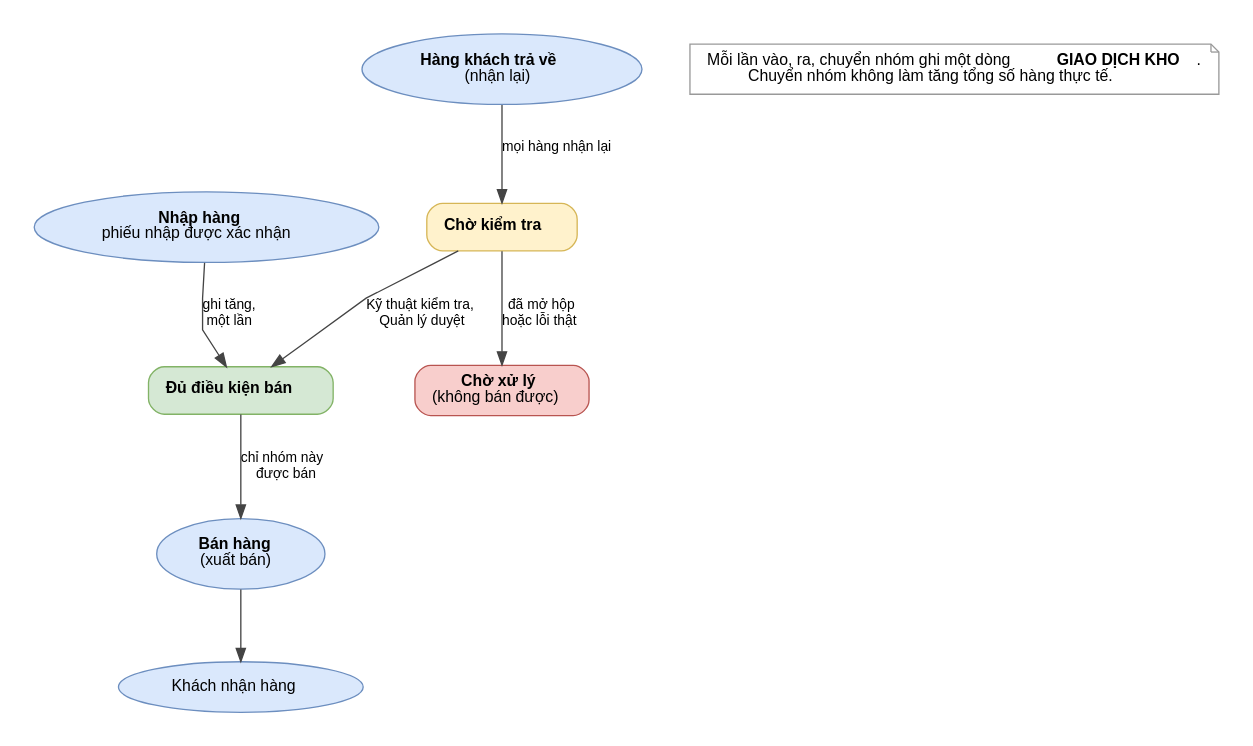
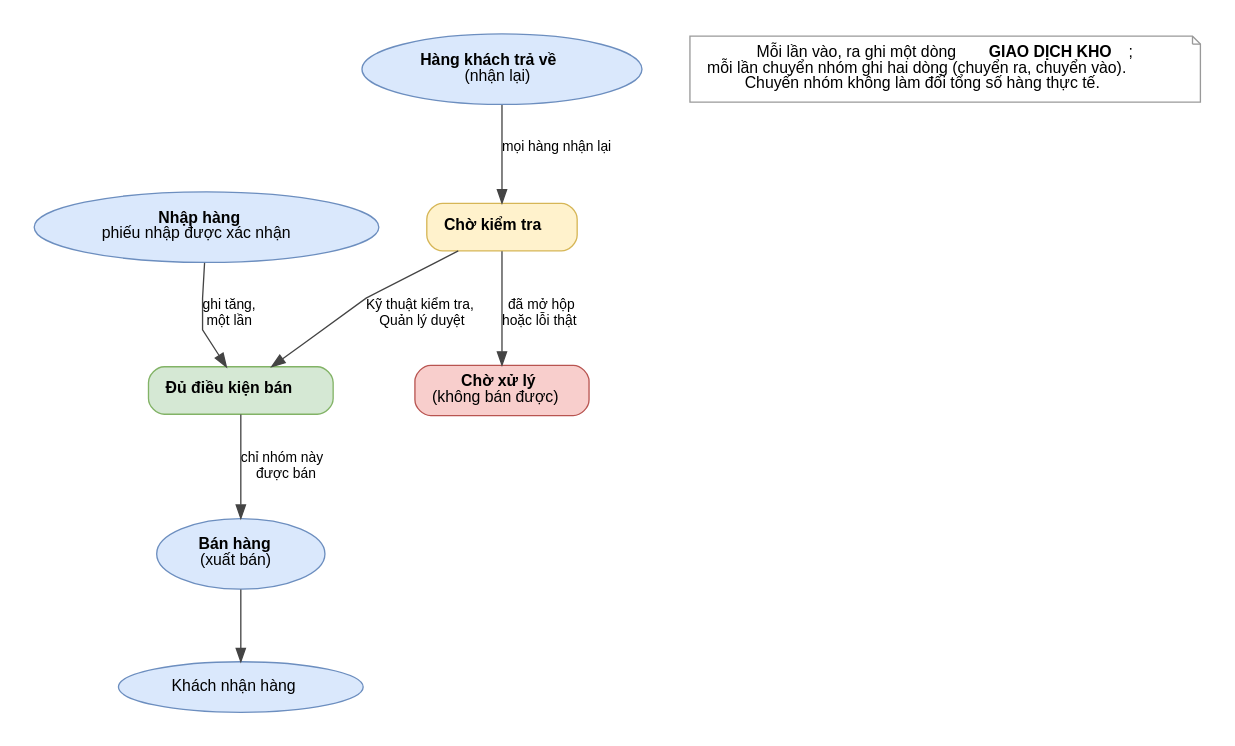
One commit to twotnguyen/CSDL-NC-PowerTech changed the diagram in bao-cao-moi/hinh/luudo_kho.dot. Above: the diagram before and after it, drawn with Graphviz. The commit also changed 54 other files, not shown here.

```diff
--- a/bao-cao-moi/hinh/luudo_kho.dot
+++ b/bao-cao-moi/hinh/luudo_kho.dot
@@ -1,18 +1,18 @@
 digraph G {
   rankdir=TB; splines=polyline; nodesep=0.5; ranksep=0.75; pad=0.25;
   node [fontname="Helvetica", fontsize=12, margin="0.18,0.1"]; edge [fontname="Helvetica", fontsize=10.5, color="#444444"];
   n [label=<<B>Nhập hàng</B><BR/>phiếu nhập được xác nhận>, shape=ellipse, style=filled, fillcolor="#DAE8FC", color="#6C8EBF"];
   b [label=<<B>Bán hàng</B><BR/>(xuất bán)>, shape=ellipse, style=filled, fillcolor="#DAE8FC", color="#6C8EBF"];
   l [label=<<B>Hàng khách trả về</B><BR/>(nhận lại)>, shape=ellipse, style=filled, fillcolor="#DAE8FC", color="#6C8EBF"];
   a [label=<<B>Đủ điều kiện bán</B>>, shape=box, style="rounded,filled", fillcolor="#D5E8D4", color="#82B366"];
   c [label=<<B>Chờ kiểm tra</B>>, shape=box, style="rounded,filled", fillcolor="#FFF2CC", color="#D6B656"];
   x [label=<<B>Chờ xử lý</B><BR/>(không bán được)>, shape=box, style="rounded,filled", fillcolor="#F8CECC", color="#B85450"];
   o [label=<Khách nhận hàng>, shape=ellipse, style=filled, fillcolor="#DAE8FC", color="#6C8EBF"];
   n -> a [label=<ghi tăng,<BR/>một lần>,];
   a -> b [label=<chỉ nhóm này<BR/>được bán>,dir=forward];
   b -> o [];
   l -> c [label=<mọi hàng nhận lại>,];
   c -> a [label=<Kỹ thuật kiểm tra,<BR/>Quản lý duyệt>,];
   c -> x [label=<đã mở hộp<BR/>hoặc lỗi thật>,];
-  n2 [shape=note, style=filled, fillcolor="#FFFFFF", color="#999999", label=<Mỗi lần vào, ra, chuyển nhóm ghi một dòng <B>GIAO DỊCH KHO</B>.<BR/>Chuyển nhóm không làm tăng tổng số hàng thực tế.>];
+  n2 [shape=note, style=filled, fillcolor="#FFFFFF", color="#999999", label=<Mỗi lần vào, ra ghi một dòng <B>GIAO DỊCH KHO</B>;<BR/>mỗi lần chuyển nhóm ghi hai dòng (chuyển ra, chuyển vào).<BR/>Chuyển nhóm không làm đổi tổng số hàng thực tế.>];
 }
```
